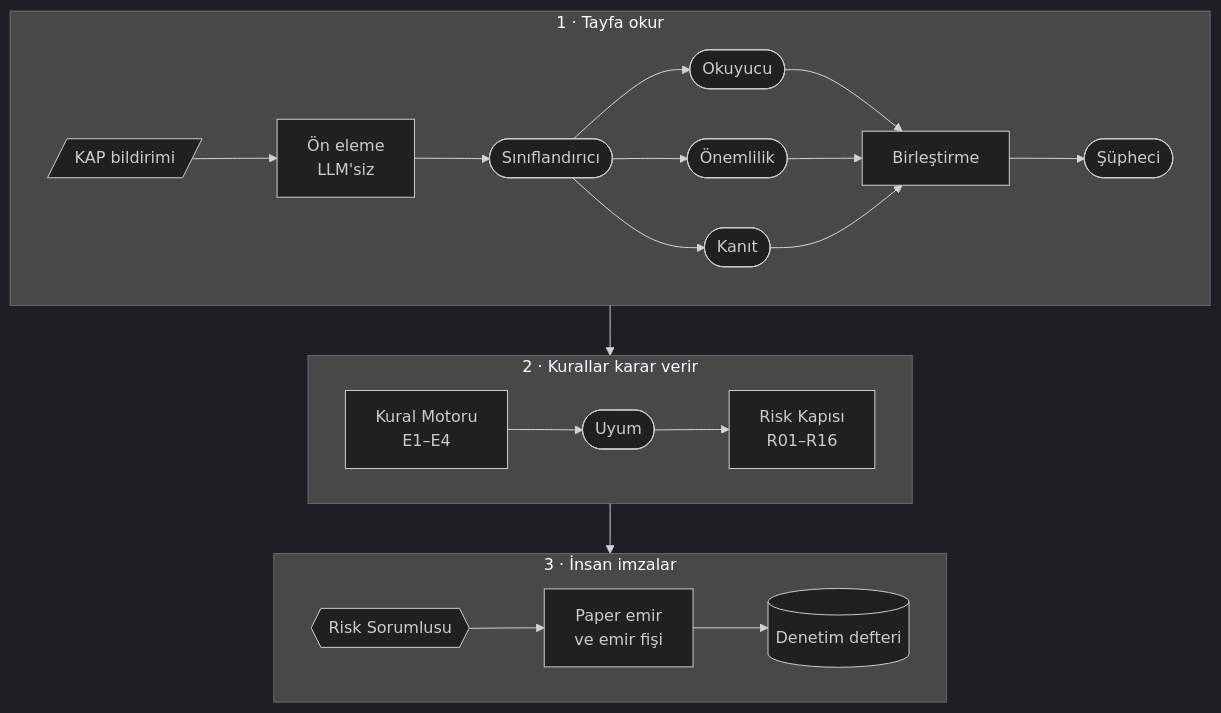
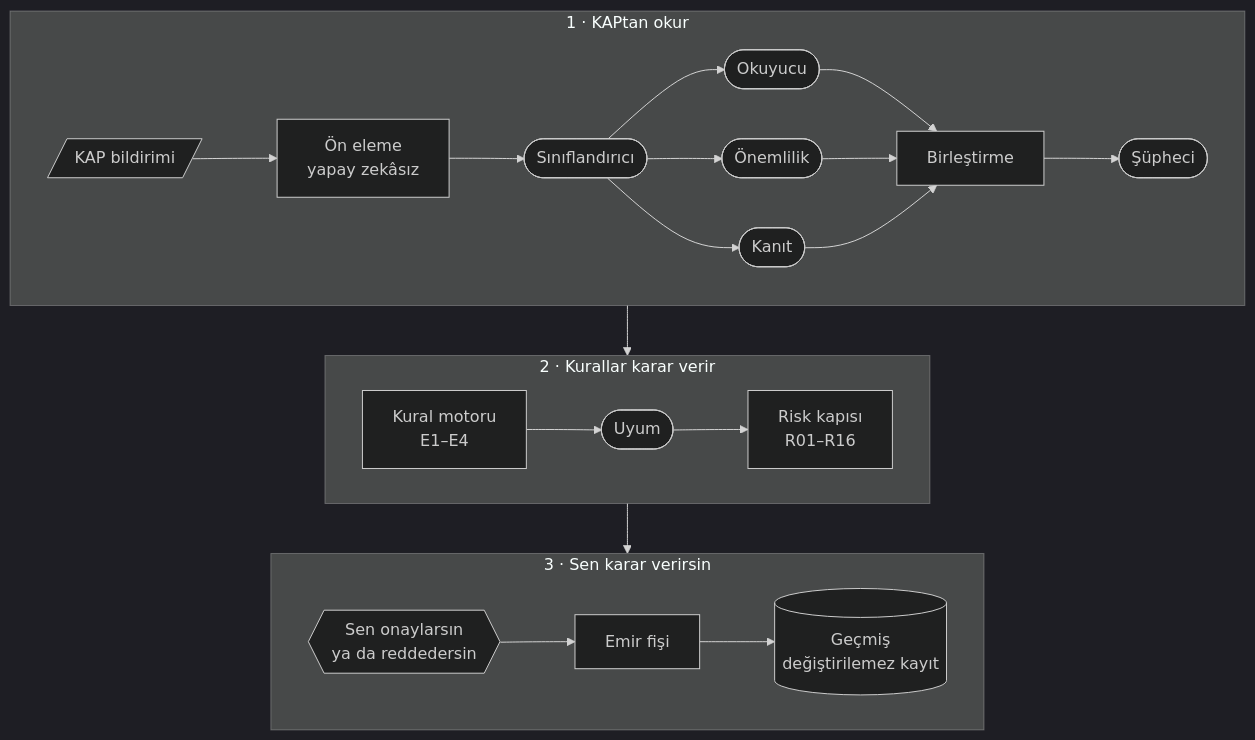
The first of 2 diagrams in README.md (cozalss/kaptan-seng429), drawn with Mermaid (dark theme) before and after one commit. The commit also changed other lines of this file and 891 other files, not shown here.

````diff
--- a/README.md
+++ b/README.md
@@ -100,33 +97,33 @@
 ```mermaid
 flowchart TB
-    subgraph OKUR["1 · Tayfa okur"]
+    subgraph OKUR["1 · KAPtan okur"]
         direction LR
         KAP[/"KAP bildirimi"/]
-        PE["Ön eleme<br/>LLM'siz"]
+        PE["Ön eleme<br/>yapay zekâsız"]
         C(["Sınıflandırıcı"])
         O(["Okuyucu"])
         M(["Önemlilik"])
         K(["Kanıt"])
         B["Birleştirme"]
         S(["Şüpheci"])
         KAP --> PE --> C
         C --> O & M & K
         O & M & K --> B
         B --> S
     end
     subgraph KARAR["2 · Kurallar karar verir"]
         direction LR
-        R["Kural Motoru<br/>E1–E4"]
+        R["Kural motoru<br/>E1–E4"]
         U(["Uyum"])
-        RG["Risk Kapısı<br/>R01–R16"]
+        RG["Risk kapısı<br/>R01–R16"]
         R --> U --> RG
     end
-    subgraph IMZA["3 · İnsan imzalar"]
+    subgraph IMZA["3 · Sen karar verirsin"]
         direction LR
-        H{{"Risk Sorumlusu"}}
-        F["Paper emir<br/>ve emir fişi"]
-        D[("Denetim defteri")]
+        H{{"Sen onaylarsın<br/>ya da reddedersin"}}
+        F["Emir fişi"]
+        D[("Geçmiş<br/>değiştirilemez kayıt")]
         H --> F --> D
     end
     OKUR --> KARAR --> IMZA
 ```
````
